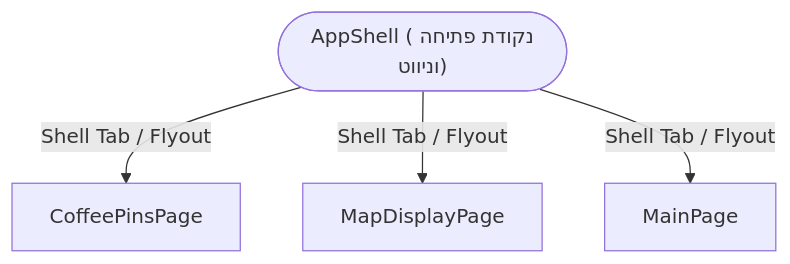
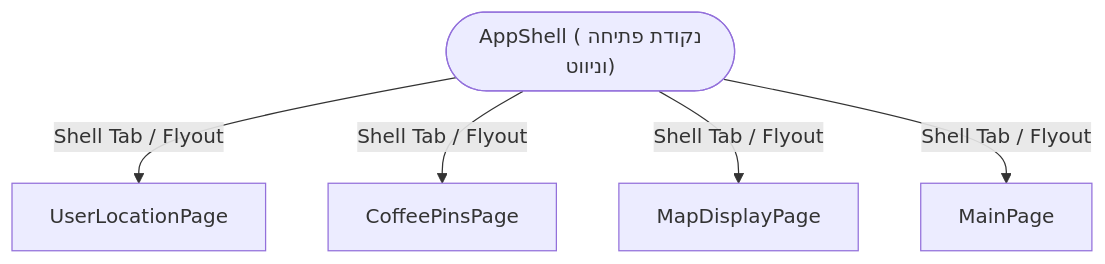
Before and after one commit to stma1one/MauiGoogleMapSample: the diagram in Learning/Diagrams/Screen-Flow.mmd, drawn with Mermaid. The commit also changed 38 other files, not shown here.

Commit message:
feat(stage-04): add UserLocationPage, runtime GPS permissions, nearest coffee station finder, FakeLocationService tests, and PDF guides

```diff
--- a/Learning/Diagrams/Screen-Flow.mmd
+++ b/Learning/Diagrams/Screen-Flow.mmd
@@ -1,5 +1,6 @@
 flowchart TD
   AppShell(["AppShell (נקודת פתיחה וניווט)"])
+  AppShell -->|"Shell Tab / Flyout"| UserLocationPage
   AppShell -->|"Shell Tab / Flyout"| CoffeePinsPage
   AppShell -->|"Shell Tab / Flyout"| MapDisplayPage
   AppShell -->|"Shell Tab / Flyout"| MainPage
```
